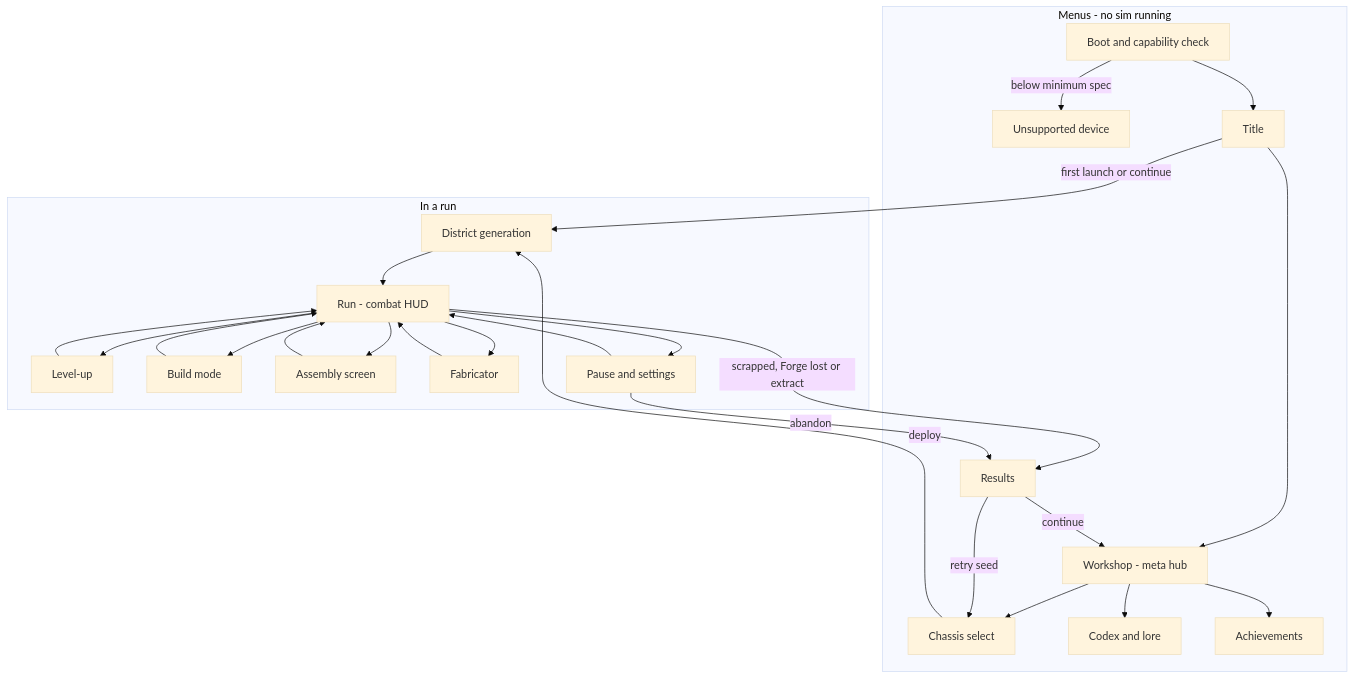
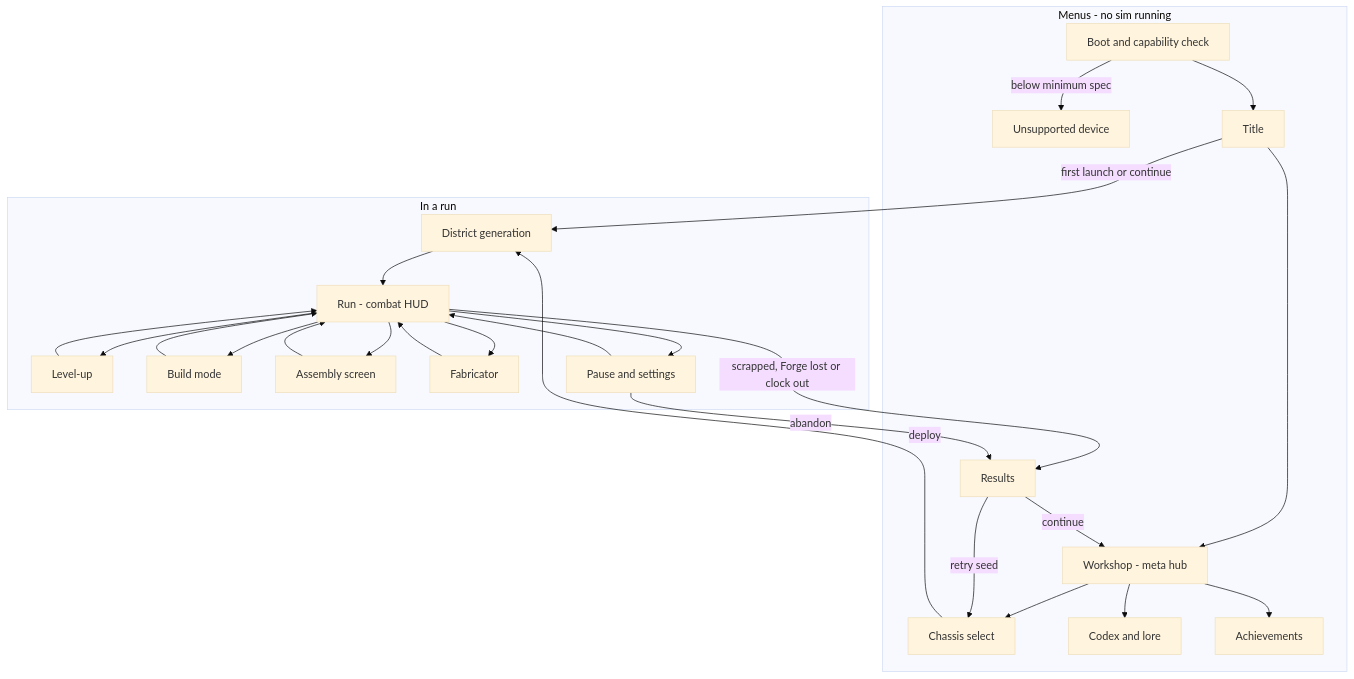
The first of 2 diagrams in docs/game/04-ux-flows.md (Doppelkeks/prophet), drawn with Mermaid (base theme) before and after one commit. The commit also changed other lines of this file and 7 other files, not shown here.

First line of the commit message:
docs: finalize M0 concept (art/audio, UX flows, final alignment)

````diff
--- a/docs/game/04-ux-flows.md
+++ b/docs/game/04-ux-flows.md
@@ -32,45 +33,45 @@
 ```mermaid
 flowchart TD
   subgraph MENUS ["Menus - no sim running"]
     BOOT["Boot and capability check"]
     UNS["Unsupported device"]
     TITLE["Title"]
     WS["Workshop - meta hub"]
     CH["Chassis select"]
     CODEX["Codex and lore"]
     ACH["Achievements"]
     RES["Results"]
   end
   subgraph RUNS ["In a run"]
     GEN["District generation"]
     RUN["Run - combat HUD"]
     LVL["Level-up"]
     BLD["Build mode"]
     ASM["Assembly screen"]
     FAB["Fabricator"]
     PAUSE["Pause and settings"]
   end
   BOOT -- "below minimum spec" --> UNS
   BOOT --> TITLE
   TITLE -- "first launch or continue" --> GEN
   TITLE --> WS
   WS --> CH
   WS --> CODEX
   WS --> ACH
   CH -- "deploy" --> GEN
   GEN --> RUN
   RUN --> LVL
   LVL --> RUN
   RUN --> BLD
   BLD --> RUN
   RUN --> ASM
   ASM --> RUN
   RUN --> FAB
   FAB --> RUN
   RUN --> PAUSE
   PAUSE --> RUN
-  RUN -- "scrapped, Forge lost or extract" --> RES
+  RUN -- "scrapped, Forge lost or clock out" --> RES
   PAUSE -- "abandon" --> RES
   RES -- "continue" --> WS
   RES -- "retry seed" --> CH
 ```
````
